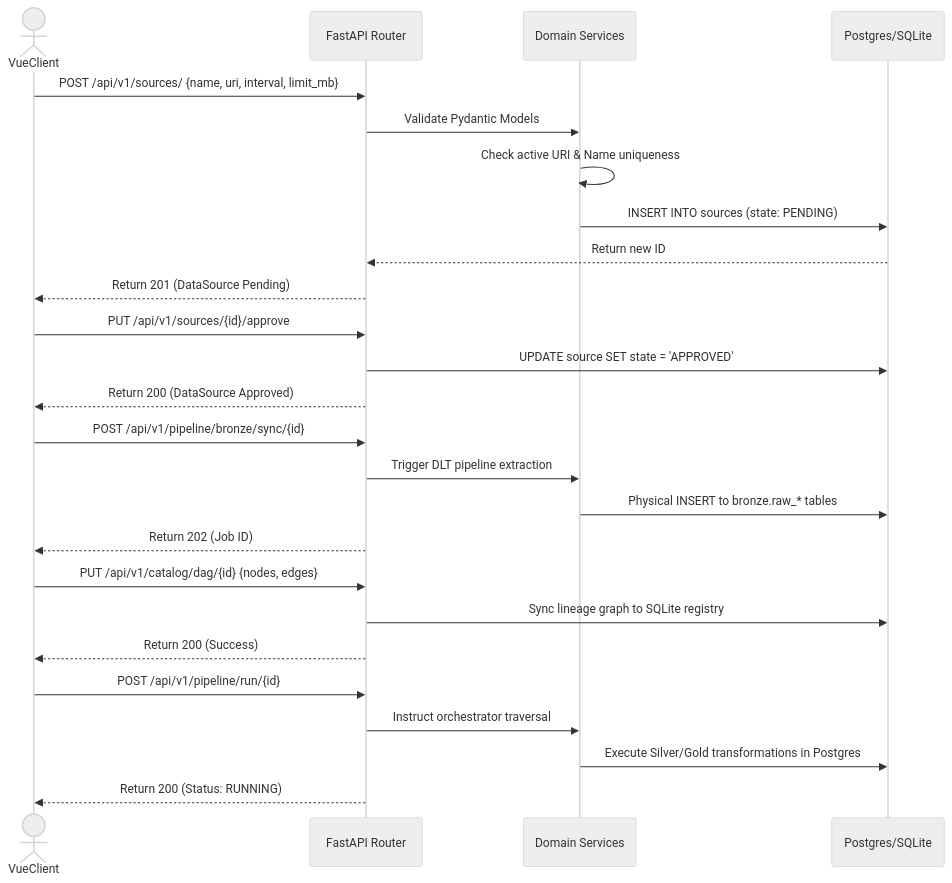
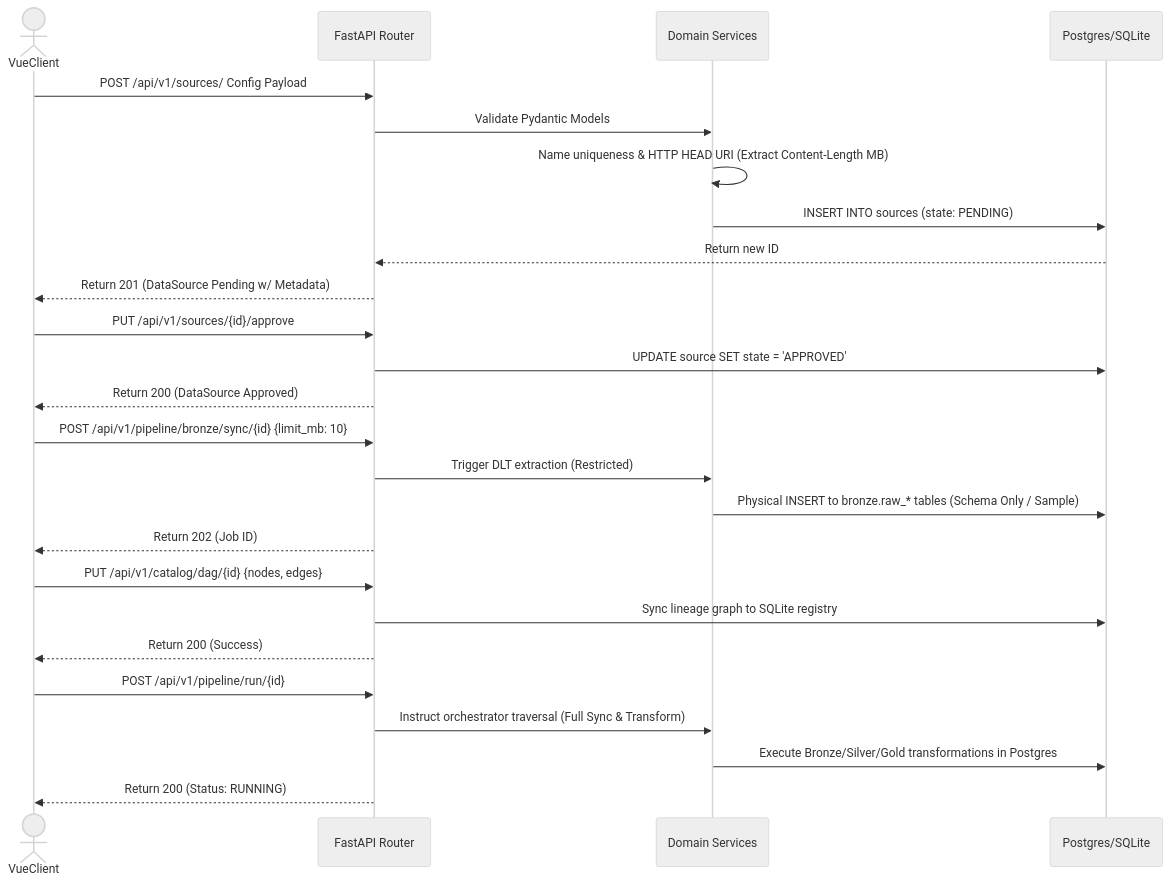
The second of 2 diagrams in docs/explanation/user-flows/register-source.md (mnaatjes/elite-etl), drawn with Mermaid (neutral theme) before and after one commit. The commit also changed other lines of this file, not shown here.

Commit message:
userflow sources

````diff
--- a/docs/explanation/user-flows/register-source.md
+++ b/docs/explanation/user-flows/register-source.md
@@ -39,37 +44,37 @@
 ```mermaid
 sequenceDiagram
     actor VueClient
     participant API as FastAPI Router
     participant Domain as Domain Services
     participant DB as Postgres/SQLite
 
     %% Step 1: Registration with internal validation
-    VueClient->>API: POST /api/v1/sources/ {name, uri, interval, limit_mb}
+    VueClient->>API: POST /api/v1/sources/ Config Payload
     API->>Domain: Validate Pydantic Models
-    Domain->>Domain: Check active URI & Name uniqueness
+    Domain->>Domain: Name uniqueness & HTTP HEAD URI (Extract Content-Length MB)
     Domain->>DB: INSERT INTO sources (state: PENDING)
     DB-->>API: Return new ID
-    API-->>VueClient: Return 201 (DataSource Pending)
+    API-->>VueClient: Return 201 (DataSource Pending w/ Metadata)
     
     %% Step 2: Approval
     VueClient->>API: PUT /api/v1/sources/{id}/approve
     API->>DB: UPDATE source SET state = 'APPROVED'
     API-->>VueClient: Return 200 (DataSource Approved)
     
-    %% Step 3: Bronze Sync
-    VueClient->>API: POST /api/v1/pipeline/bronze/sync/{id}
-    API->>Domain: Trigger DLT pipeline extraction
-    Domain->>DB: Physical INSERT to bronze.raw_* tables
+    %% Step 3: Bronze Micro-Sample
+    VueClient->>API: POST /api/v1/pipeline/bronze/sync/{id} {limit_mb: 10}
+    API->>Domain: Trigger DLT extraction (Restricted)
+    Domain->>DB: Physical INSERT to bronze.raw_* tables (Schema Only / Sample)
     API-->>VueClient: Return 202 (Job ID)
     
     %% Step 4: DAG Compilation
     VueClient->>API: PUT /api/v1/catalog/dag/{id} {nodes, edges}
     API->>DB: Sync lineage graph to SQLite registry
     API-->>VueClient: Return 200 (Success)
     
     %% Step 5: Unified Run
     VueClient->>API: POST /api/v1/pipeline/run/{id}
-    API->>Domain: Instruct orchestrator traversal
-    Domain->>DB: Execute Silver/Gold transformations in Postgres
+    API->>Domain: Instruct orchestrator traversal (Full Sync & Transform)
+    Domain->>DB: Execute Bronze/Silver/Gold transformations in Postgres
     API-->>VueClient: Return 200 (Status: RUNNING)
 ```
````
